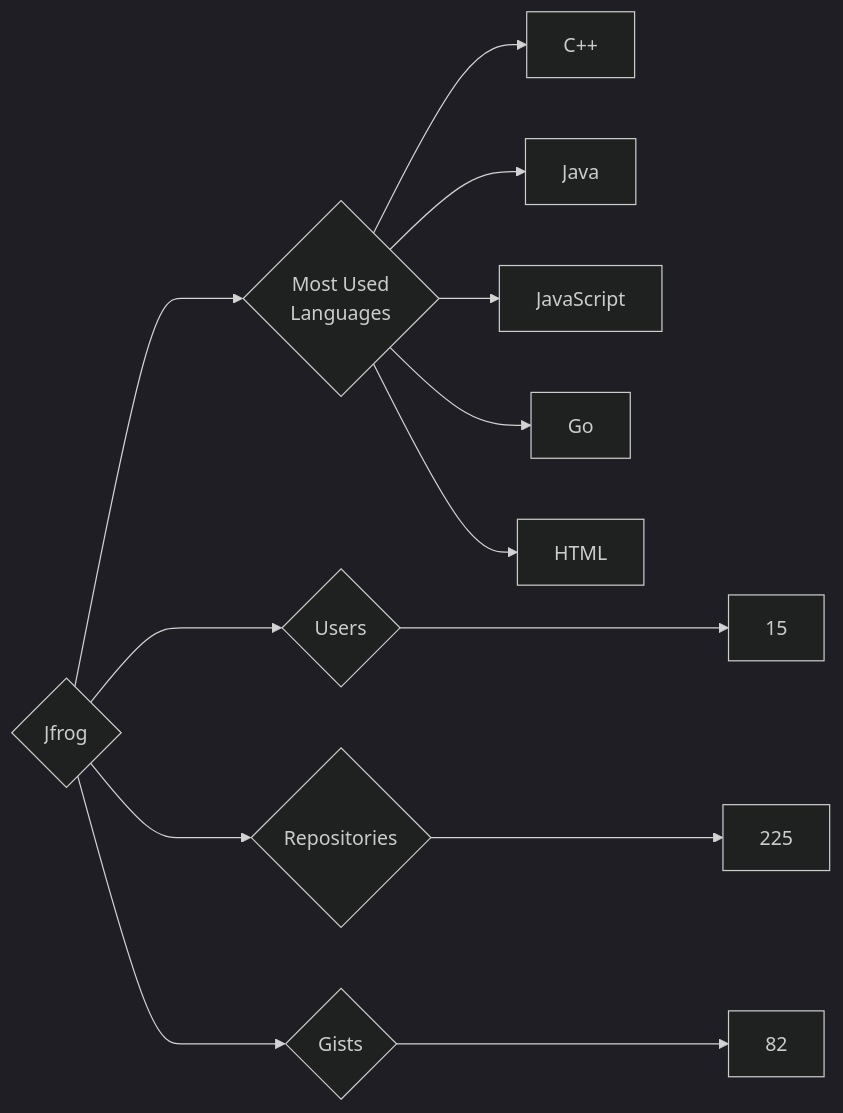
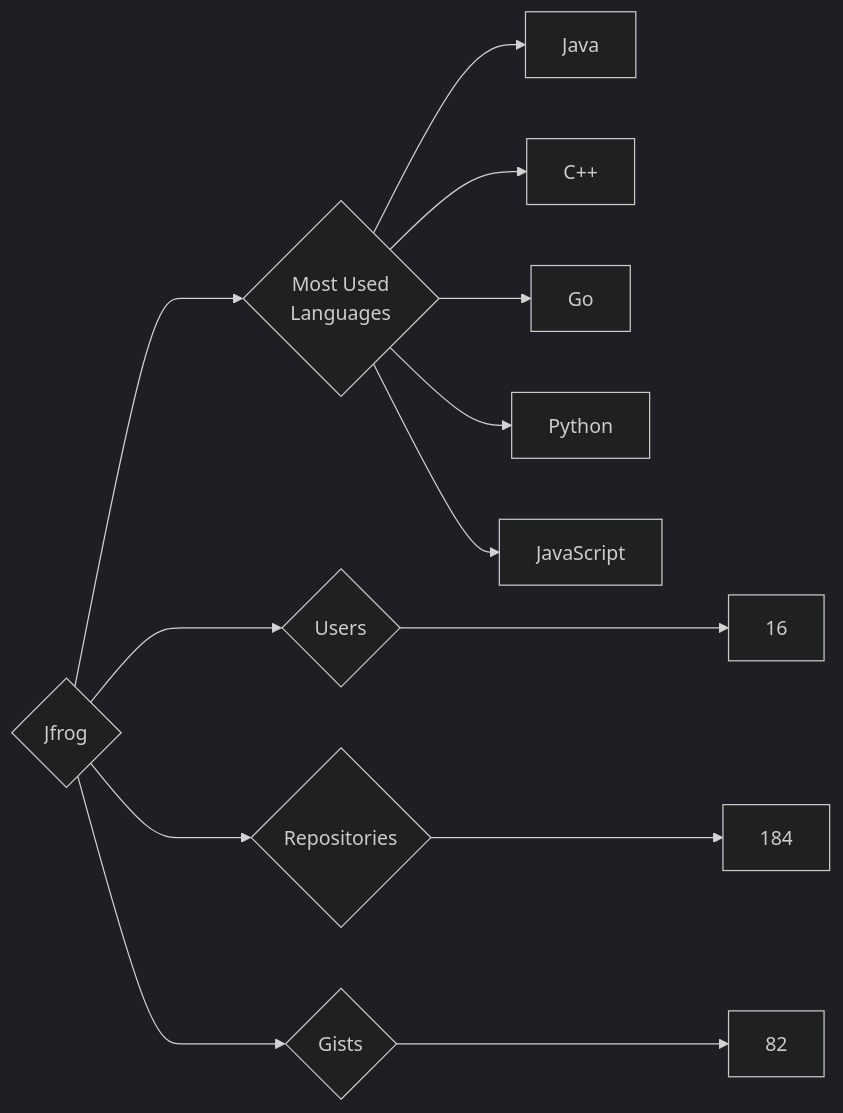
One commit to trickest/insiders changed the diagram in targets/Jfrog/README.md. Above: the diagram before and after it, drawn with Mermaid (dark theme). The commit also changed 1238 other files, not shown here.

````diff
--- a/targets/Jfrog/README.md
+++ b/targets/Jfrog/README.md
@@ -3,13 +3,13 @@
 ```mermaid
 graph LR
 COMPANY_NAME{Jfrog}
-COMPANY_NAME ---> U{Users} ---> UN[15]
-COMPANY_NAME ---> R{Repositories} ---> RN[225]
+COMPANY_NAME ---> U{Users} ---> UN[16]
+COMPANY_NAME ---> R{Repositories} ---> RN[184]
 COMPANY_NAME ---> G{Gists} ---> GN[82]
 COMPANY_NAME ---> ML{Most Used<br>Languages}
+ML --> Java[Java]
 ML --> C++[C++]
-ML --> Java[Java]
+ML --> Go[Go]
+ML --> Python[Python]
 ML --> JavaScript[JavaScript]
-ML --> Go[Go]
-ML --> HTML[HTML]
 ```
````
